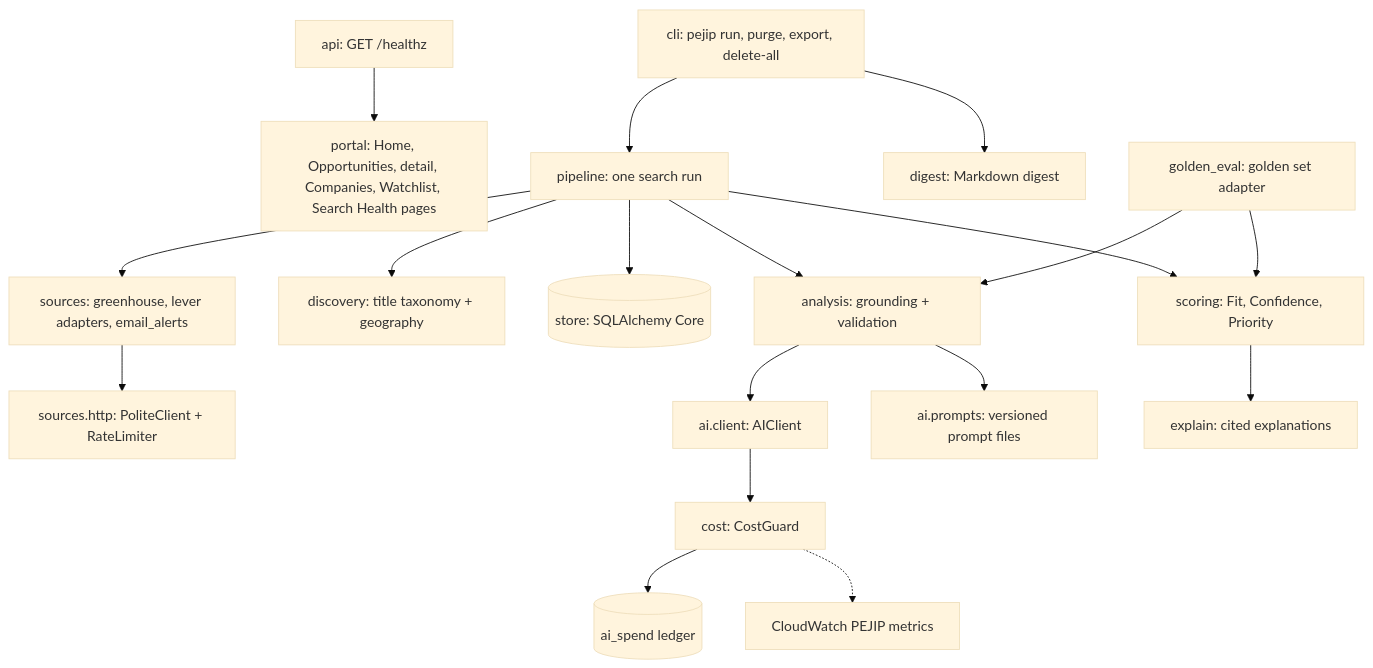
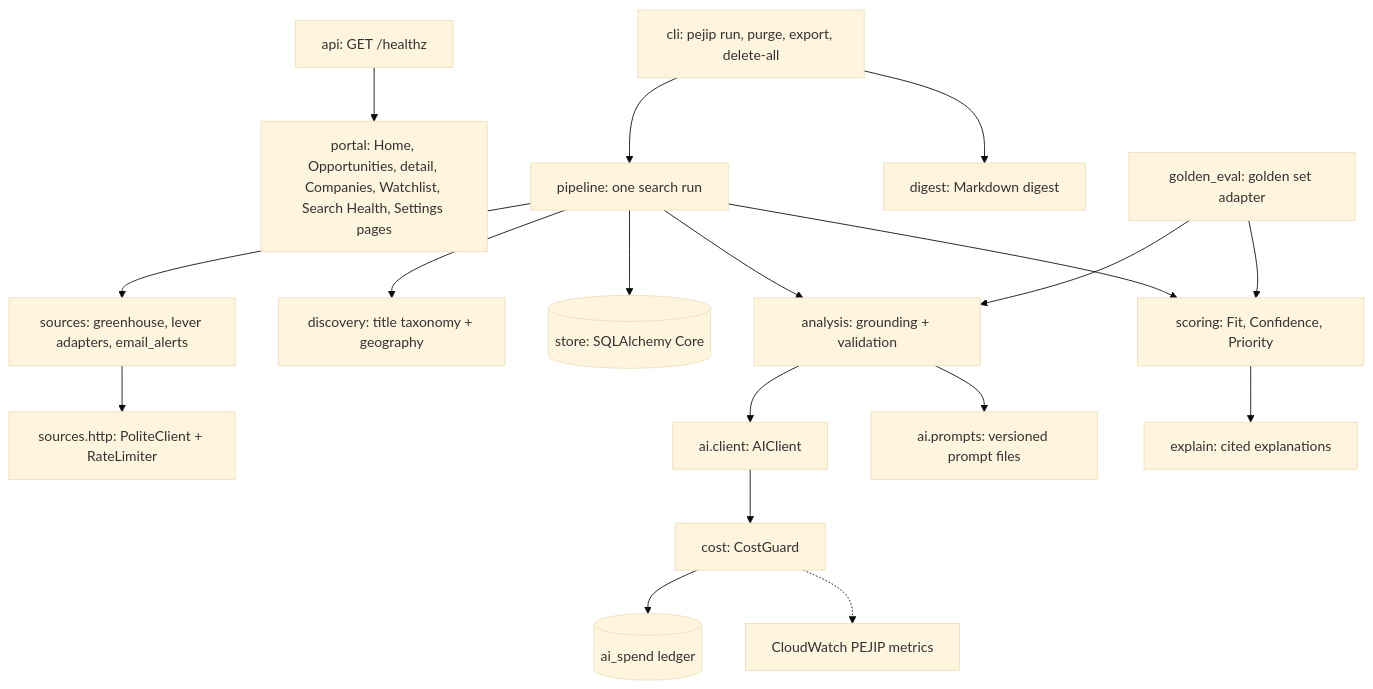
Before and after one commit to madduri-ops/PEJIP: the diagram in docs/architecture/components.md, drawn with Mermaid (base theme). The commit also changed other lines of this file and 8 other files, not shown here.

First line of the commit message:
Add the portal's read-only Settings page

````diff
--- a/docs/architecture/components.md
+++ b/docs/architecture/components.md
@@ -7,34 +7,34 @@
 ```mermaid
 flowchart TB
     api[api: GET /healthz]
-    portal[portal: Home, Opportunities, detail, Companies, Watchlist, Search Health pages]
+    portal[portal: Home, Opportunities, detail, Companies, Watchlist, Search Health, Settings pages]
     api --> portal
     cli[cli: pejip run, purge, export, delete-all]
     pipe[pipeline: one search run]
     src[sources: greenhouse, lever adapters, email_alerts]
     http[sources.http: PoliteClient + RateLimiter]
     disc[discovery: title taxonomy + geography]
     store[(store: SQLAlchemy Core)]
     ana[analysis: grounding + validation]
     ai[ai.client: AIClient]
     guard[cost: CostGuard]
     ledger[(ai_spend ledger)]
     cw[CloudWatch PEJIP metrics]
     prompts[ai.prompts: versioned prompt files]
     score[scoring: Fit, Confidence, Priority]
     explain[explain: cited explanations]
     digest[digest: Markdown digest]
     evals[golden_eval: golden set adapter]
     cli --> pipe
     pipe --> src --> http
     pipe --> disc
     pipe --> store
     pipe --> ana --> ai
     ana --> prompts
     ai --> guard --> ledger
     guard -.-> cw
     pipe --> score --> explain
     cli --> digest
     evals --> ana
     evals --> score
 ```
````
